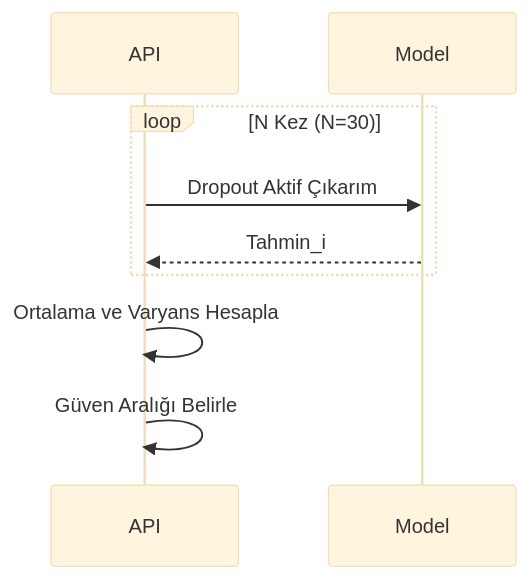
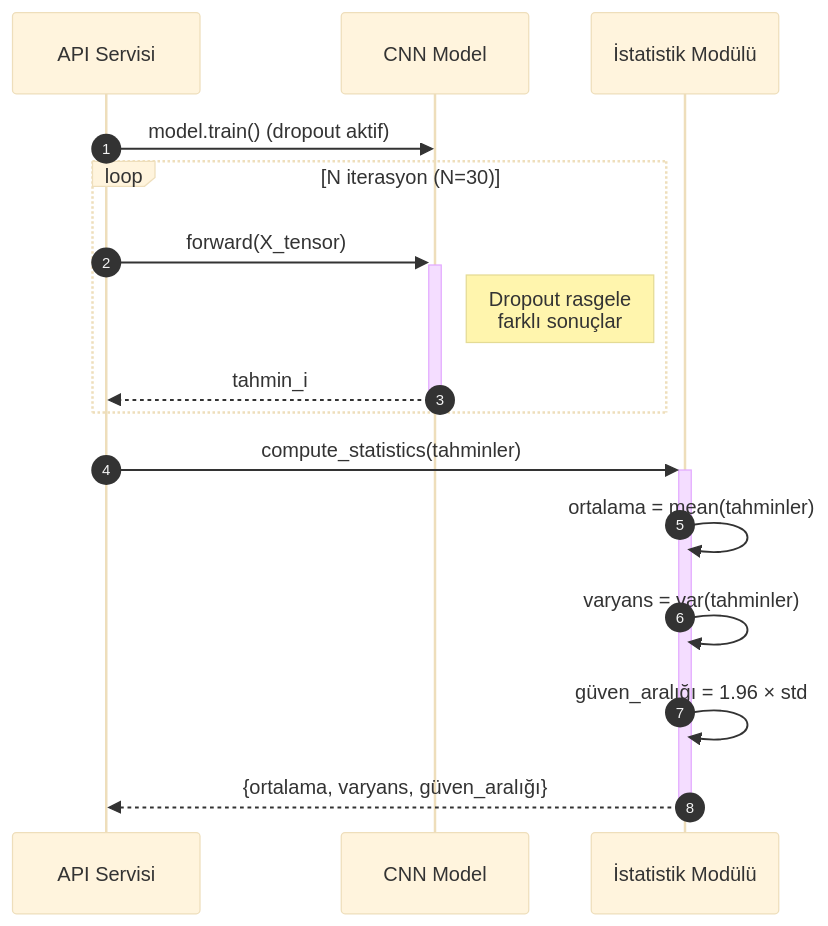
The ninth of 9 diagrams in docs/diagrams/06_sequence_diagram.md (mUsaulug/CardioGuard-AI), drawn with Mermaid (base theme) before and after one commit. The commit also changed other lines of this file and 3 other files, not shown here.

````diff
--- a/docs/diagrams/06_sequence_diagram.md
+++ b/docs/diagrams/06_sequence_diagram.md
@@ -254,13 +435,21 @@
 ```mermaid
 sequenceDiagram
-    participant API
-    participant Model
+    autonumber
+    participant API as API Servisi
+    participant Model as CNN Model
+    participant Stats as İstatistik Modülü
     
-    loop N Kez (N=30)
-        API->>Model: Dropout Aktif Çıkarım
-        Model-->>API: Tahmin_i
+    API->>Model: model.train() (dropout aktif)
+    
+    loop N iterasyon (N=30)
+        API->>+Model: forward(X_tensor)
+        Note right of Model: Dropout rasgele<br/>farklı sonuçlar
+        Model-->>-API: tahmin_i
     end
     
-    API->>API: Ortalama ve Varyans Hesapla
-    API->>API: Güven Aralığı Belirle
+    API->>+Stats: compute_statistics(tahminler)
+    Stats->>Stats: ortalama = mean(tahminler)
+    Stats->>Stats: varyans = var(tahminler)
+    Stats->>Stats: güven_aralığı = 1.96 × std
+    Stats-->>-API: {ortalama, varyans, güven_aralığı}
 ```
````
